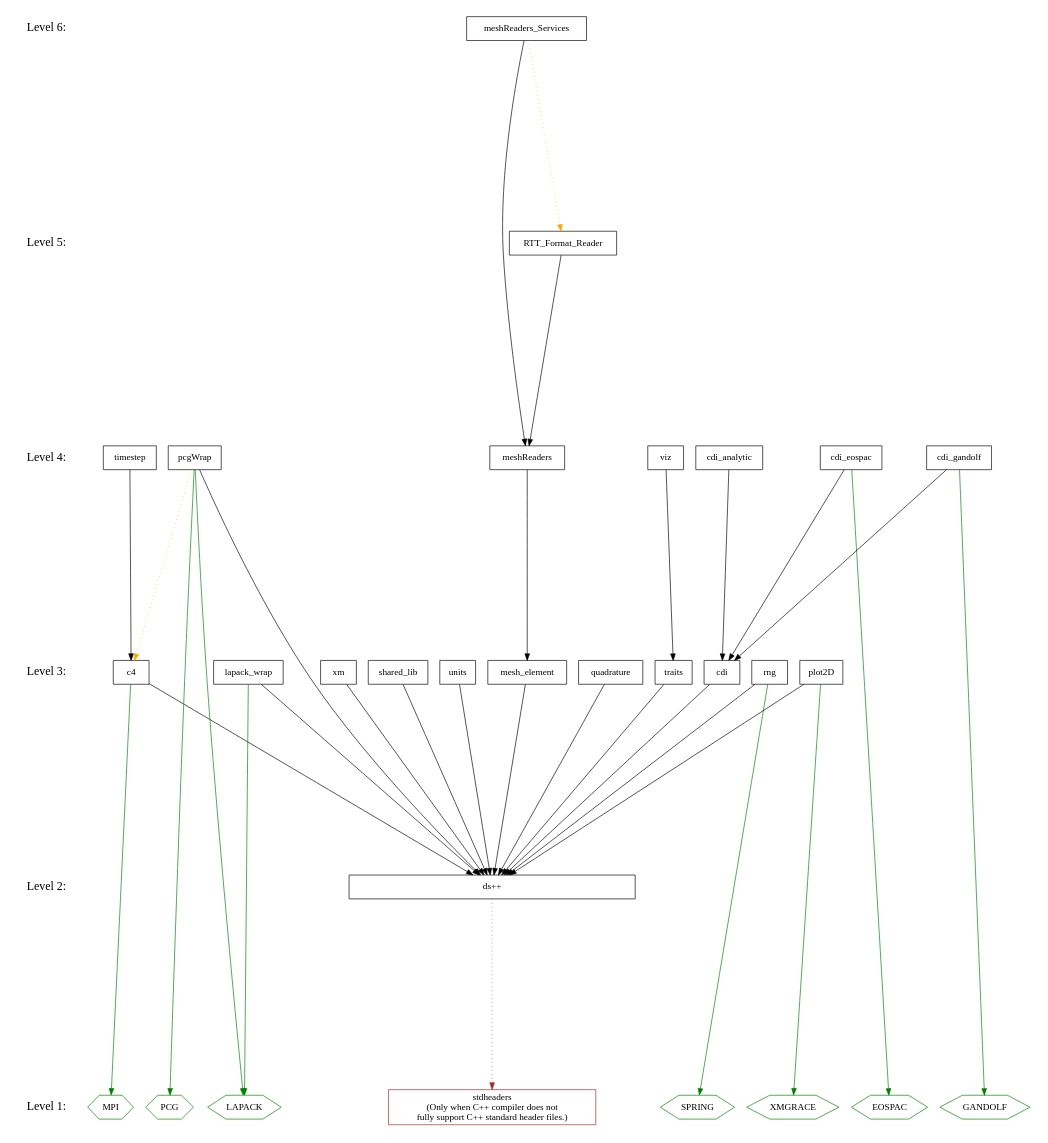
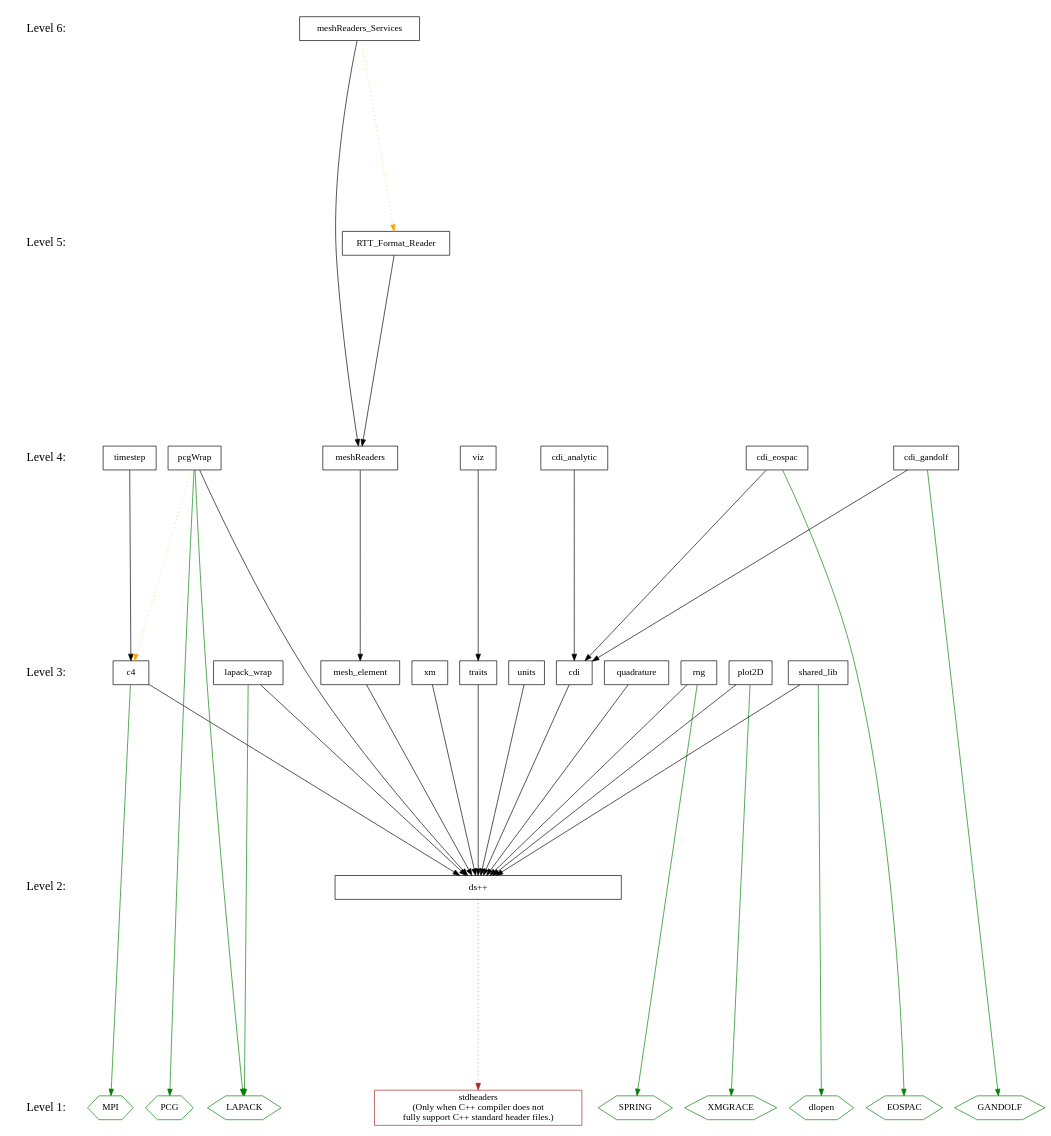
One commit to losalamos/Draco changed the diagram in doc/design/level.dot. Above: the diagram before and after it, drawn with Graphviz. The commit also changed 1 other file, not shown here.

Commit message:
Added dlopen as a vendor to levelization diagram.

```diff
--- a/doc/design/level.dot
+++ b/doc/design/level.dot
@@ -1,115 +1,117 @@
 digraph draco_level {
     /* graph attributes */
     center=1;
     size="7.5,10";
     ranksep=4;
     
     /* levels */
     level1 [shape=plaintext, label="Level 1:", fontsize=18];
     level2 [shape=plaintext, label="Level 2:", fontsize=18];
     level3 [shape=plaintext, label="Level 3:", fontsize=18];
     level4 [shape=plaintext, label="Level 4:", fontsize=18];
     level5 [shape=plaintext, label="Level 5:", fontsize=18];
     level6 [shape=plaintext, label="Level 6:", fontsize=18];
     
     level6 -> level5 -> level4 -> level3 -> level2 -> level1 [style=invis];
     
     /* packages */
 
     /* level 1 */
     stdheaders [shape=box,     color=brown, label="stdheaders\n(Only when C++ compiler does not\nfully support C++ standard header files.)"];
     vmpi       [shape=hexagon, color=green, label="MPI"];
     vlapack    [shape=hexagon, color=green, label="LAPACK"];
     vpcg       [shape=hexagon, color=green, label="PCG"];
     vgandolf   [shape=hexagon, color=green, label="GANDOLF"];
     veospac    [shape=hexagon, color=green, label="EOSPAC"];
     vgrace     [shape=hexagon, color=green, label="XMGRACE"];
     vspring    [shape=hexagon, color=green, label="SPRING"];
+    vdlopen    [shape=hexagon, color=green, label="dlopen"];
         
     /* level 2 */
     dsxx [shape=box, label="ds++", width=6];
     
     /* level 3 */
     traits [shape=box, label="traits"];
     xm [shape=box, label="xm"];
     c4 [shape=box, label="c4"];
     rng [shape=box, label="rng"];
     units [shape=box, label="units"];
     cdi [shape=box, label="cdi"];
     quad [shape=box, label="quadrature"];
     meshelement [shape=box, label="mesh_element"];
     plot [shape=box, label="plot2D"];
     lapack [shape=box, label="lapack_wrap"];
     shlib [shape=box, label="shared_lib"];
     
     /* level 4 */
     viz [shape=box, label="viz"];
     timestep [shape=box, label="timestep"];
     cdianal [shape=box, label="cdi_analytic"];
     cdieos [shape=box, label="cdi_eospac"];
     cdigan [shape=box, label="cdi_gandolf"];
     pcg [shape=box, label="pcgWrap"];
     meshread [shape=box, label="meshReaders"];
     
     /* level 5 */
     rttread     [shape=box, label="RTT_Format_Reader"];
     
     /* level 6 */
     meshservice [shape=box, label="meshReaders_Services"];
     
     /* dependencies */
-    {rank=same; level1 stdheaders vlapack vpcg vmpi veospac  vgandolf vgrace vspring};
+    {rank=same; level1 stdheaders vlapack vpcg vmpi veospac  vgandolf vgrace vspring vdlopen};
     {rank=same; level2 dsxx};
     {rank=same; level3 shlib plot lapack traits xm c4 rng units cdi quad meshelement};
     {rank=same; level4 viz timestep cdianal cdieos cdigan pcg meshread};
     {rank=same; level5 rttread};
     {rank=same; level6 meshservice};
     
     /* draco packages */
 
     /* NOTE:  hidden dependencies are in comments at the end of each line.
      * For example if a package depends on c4 it implicitly depends on dsxx
      * as well.  The dependency on dsxx is not shown explicitly on the
      * graph. 
     
     /* level 2 */
     dsxx -> {stdheaders}   [color="brown" style=dotted];
     
     /* level 3 */
     xm          -> {dsxx};
     units       -> {dsxx};
     traits      -> {dsxx};
     c4          -> {dsxx};
     c4          -> {vmpi}    [color="green"];
     rng         -> {dsxx};
     rng         -> {vspring} [color="green"];
     cdi         -> {dsxx};
     meshelement -> {dsxx};
     quad        -> {dsxx};
     plot        -> {dsxx};
     plot        -> {vgrace}  [color="green"];
     lapack      -> {dsxx};
     lapack      -> {vlapack} [color="green"];
     shlib       -> {dsxx};
+    shlib       -> {vdlopen} [color="green"];
     
     /* level 4 */
     viz         -> {traits};      /* traits: dsxx */
     timestep    -> {c4};          /* c4      : dsxx */
     pcg         -> {dsxx};
     pcg         -> {vlapack vpcg} [color="green"];
     pcg         -> {c4}           [color="orange" style=dotted];
     cdianal     -> {cdi};         /* cdi     : dsxx */
     cdieos      -> {cdi};         /* cdi     : dsxx */
     cdieos      -> {veospac}      [color="green"]; 
     cdigan      -> {cdi};         /* cdi     : dsxx */
     cdigan      -> {vgandolf}     [color="green"];
     meshread    -> {meshelement};
 
     /* level 5 */
     rttread     -> {meshread};           /* meshread: dsxx */
 
     /* level 6 */
     meshservice -> {meshread};           /* meshread: dsxx */
     meshservice -> {rttread} [color="orange" style=dotted];
 
 }
```
